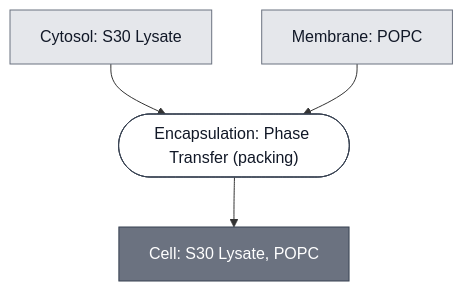
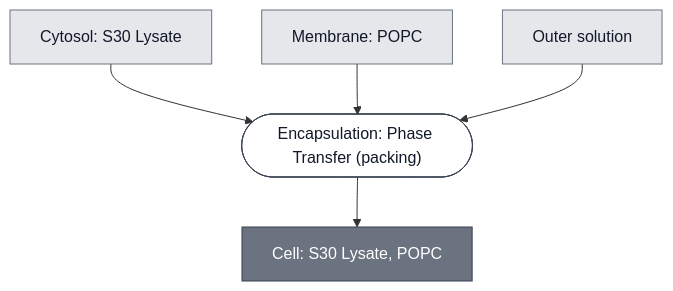
One commit to nucleus-eng/nucleus-docs changed the diagram in docs/modules/cell-s30-popc/spec.md. Above: the diagram before and after it, drawn with Mermaid. The commit also changed 41 other files, not shown here.

````diff
--- a/docs/modules/cell-s30-popc/spec.md
+++ b/docs/modules/cell-s30-popc/spec.md
@@ -27,25 +27,28 @@
 ```mermaid
 flowchart TD
+    OUTER_SOLUTION["Outer solution"]
     S30_LYSATE["Cytosol: S30 Lysate"]
     MEMBRANE_POPC["Membrane: POPC"]
 
     P1_ENCAPSULATE_0(["Encapsulation: Phase Transfer (packing)"])
     CELL_S30_POPC["Cell: S30 Lysate, POPC"]
 
     S30_LYSATE --> P1_ENCAPSULATE_0
     MEMBRANE_POPC --> P1_ENCAPSULATE_0
+    OUTER_SOLUTION --> P1_ENCAPSULATE_0
     P1_ENCAPSULATE_0 --> CELL_S30_POPC
 
 
     classDef leaf     fill:#e5e7eb,stroke:#6b7280,color:#111827;
     classDef composed fill:#6b7280,stroke:#374151,color:#ffffff;
     classDef process  fill:#ffffff,stroke:#374151,color:#111827;
-    class S30_LYSATE,MEMBRANE_POPC leaf;
+    class OUTER_SOLUTION,S30_LYSATE,MEMBRANE_POPC leaf;
     class CELL_S30_POPC composed;
     class P1_ENCAPSULATE_0 process;
 
+    click OUTER_SOLUTION "/docs/modules/outer-solution/spec"
     click S30_LYSATE "/docs/modules/s30-lysate/spec"
     click MEMBRANE_POPC "/docs/modules/membrane-popc/spec"
     click P1_ENCAPSULATE_0 "/docs/processes/assemble-base-cell/main"
     click CELL_S30_POPC "/docs/modules/cell-s30-popc/spec"
 ```
````
